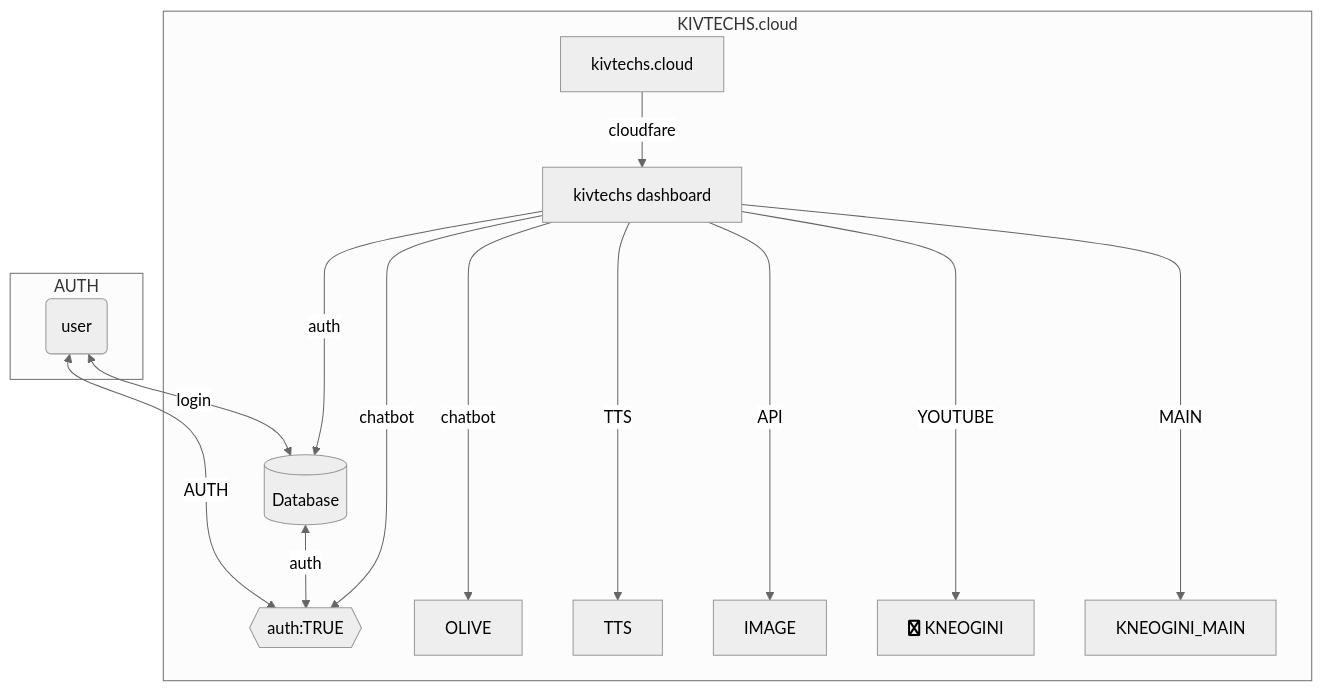
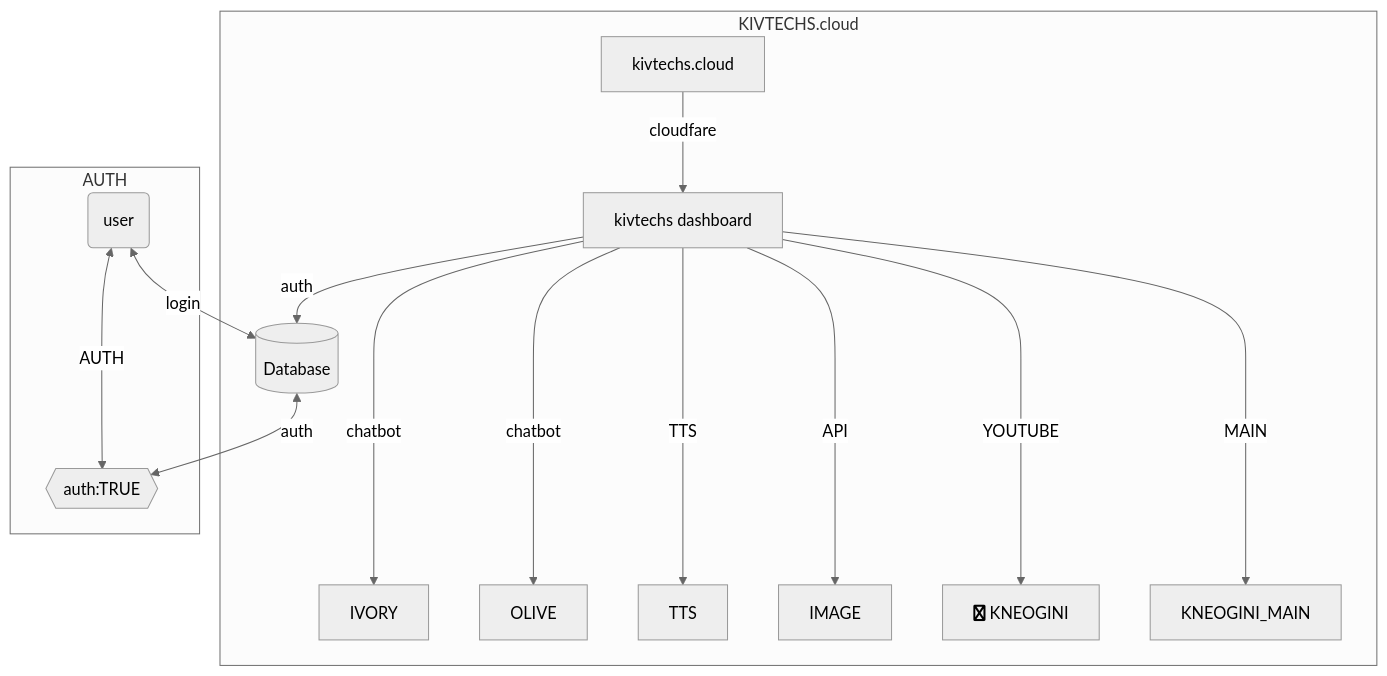
The diagram in README.md (kivtechs-uml/kivtechs-uml), drawn with Mermaid (neutral theme) before and after one commit.

````diff
--- a/README.md
+++ b/README.md
@@ -6,24 +6,24 @@
 ```mermaid
 flowchart TD
     subgraph KIVTECHS.cloud
     A[kivtechs.cloud] -->|cloudfare| B(kivtechs dashboard)
     B[kivtechs dashboard] ----> |chatbot| C1[IVORY]
     B[kivtechs dashboard] ----> |chatbot| C2[OLIVE]
     B[kivtechs dashboard] ----> |TTS| H[TTS]
     B[kivtechs dashboard] ----> |API| E[IMAGE]
     B[kivtechs dashboard] ----> |YOUTUBE| F[fa:fa-youtube KNEOGINI]
     B[kivtechs dashboard] ----> |MAIN| G[KNEOGINI_MAIN]
     B --auth-->D[(Database)]
     end
     subgraph AUTH
-      A1(user) <-- login --> D[(Database)] <-- auth --> C1{{ auth:TRUE }}
-     A1  <-- AUTH --> C1
+      A1(user) <-- login --> D[(Database)] <-- auth --> U{{ auth:TRUE }}
+     A1  <-- AUTH --> U
      end
   
     
 
 
 
 
 
 ```
````
